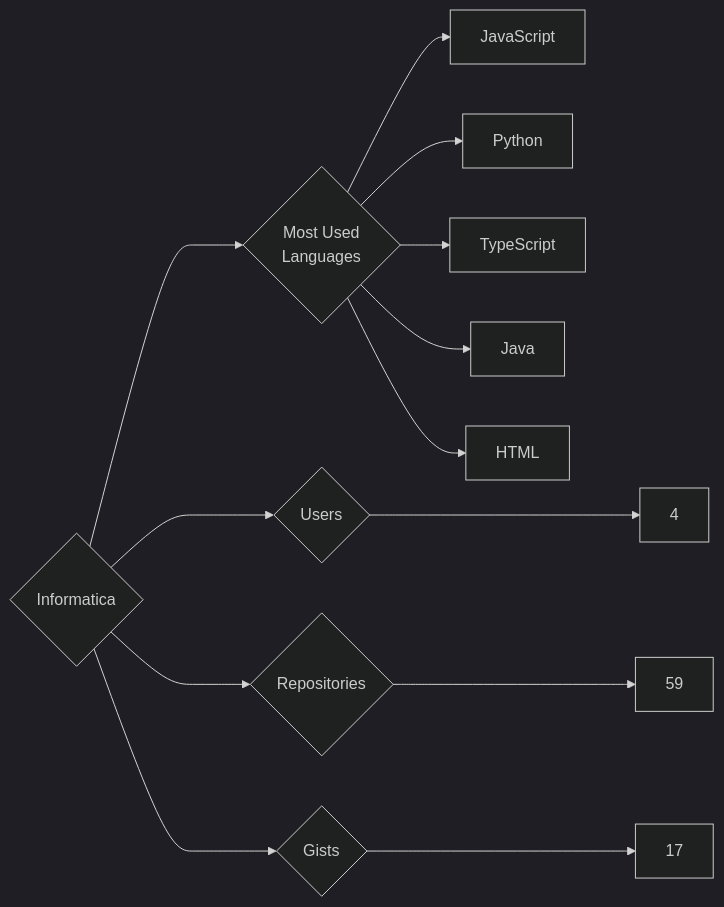
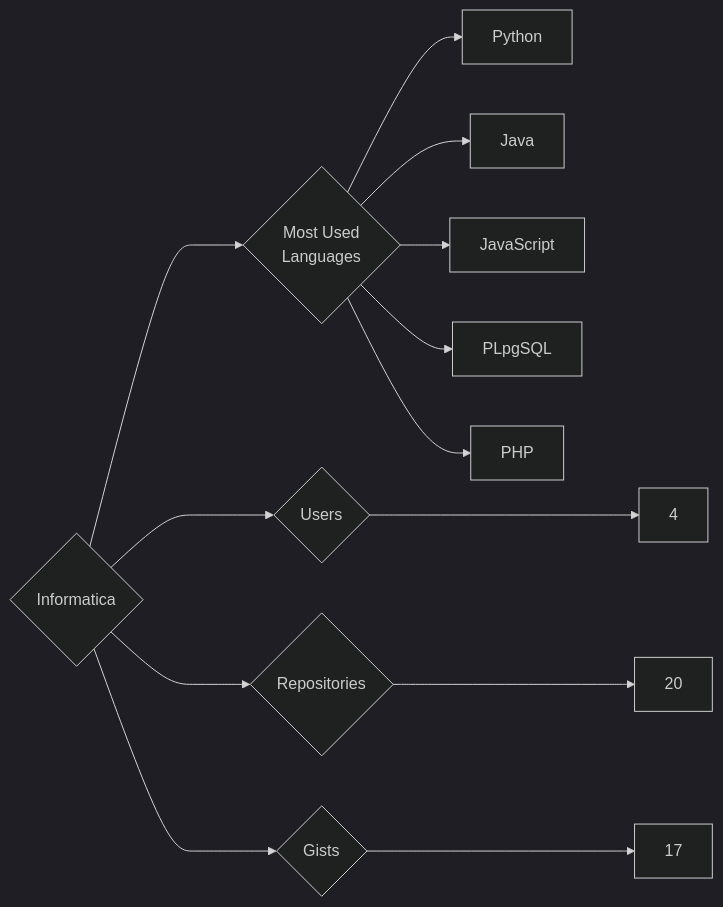
One commit to trickest/insiders changed the diagram in targets/Informatica/README.md. Above: the diagram before and after it, drawn with Mermaid (dark theme). The commit also changed 985 other files, not shown here.

````diff
--- a/targets/Informatica/README.md
+++ b/targets/Informatica/README.md
@@ -3,13 +3,13 @@
 ```mermaid
 graph LR
 COMPANY_NAME{Informatica}
 COMPANY_NAME ---> U{Users} ---> UN[4]
-COMPANY_NAME ---> R{Repositories} ---> RN[59]
+COMPANY_NAME ---> R{Repositories} ---> RN[20]
 COMPANY_NAME ---> G{Gists} ---> GN[17]
 COMPANY_NAME ---> ML{Most Used<br>Languages}
+ML --> Python[Python]
+ML --> Java[Java]
 ML --> JavaScript[JavaScript]
-ML --> Python[Python]
-ML --> TypeScript[TypeScript]
-ML --> Java[Java]
-ML --> HTML[HTML]
+ML --> PLpgSQL[PLpgSQL]
+ML --> PHP[PHP]
 ```
````
